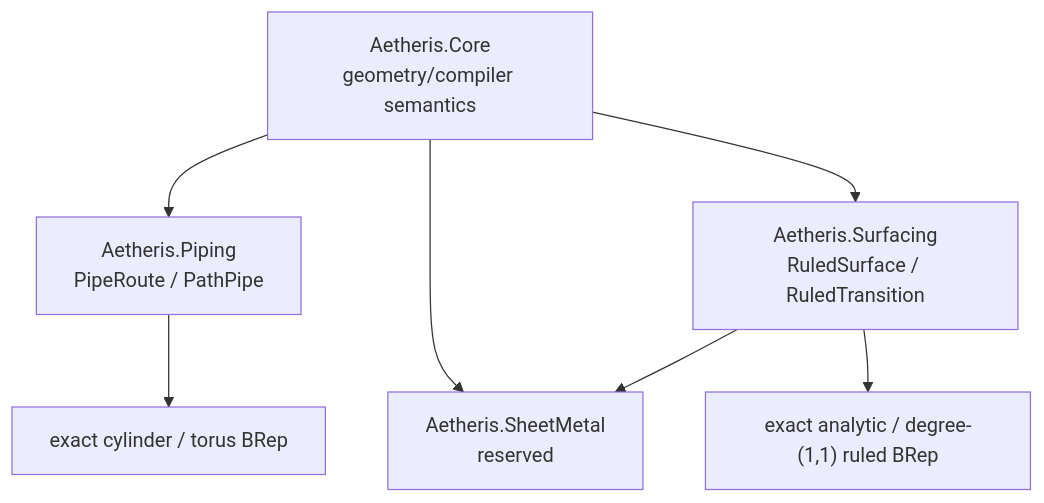
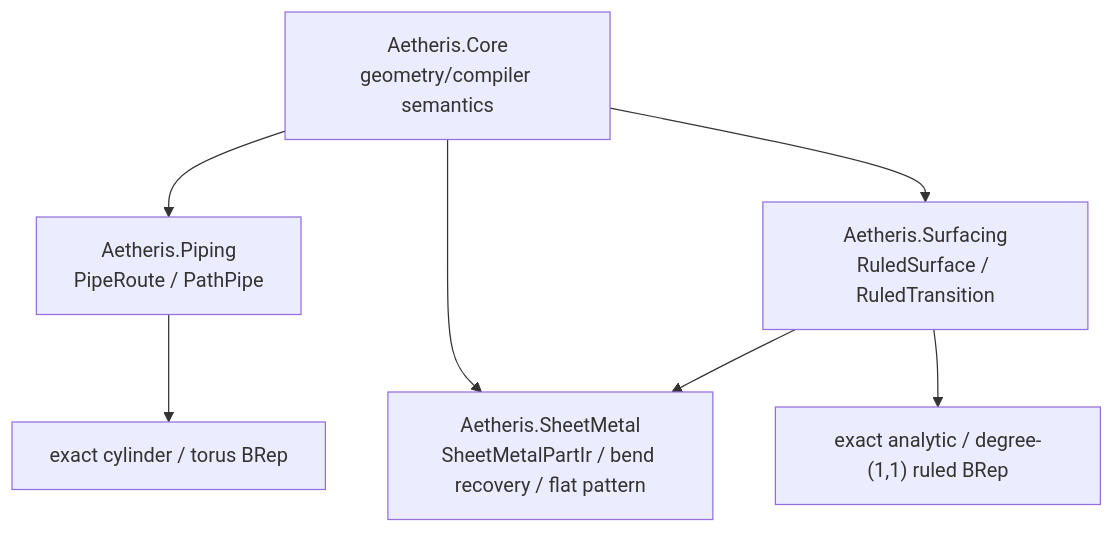
Before and after one commit to yuechen-li-dev/Aetheris: the diagram in docs/modules/architecture.md, drawn with Mermaid. The commit also changed other lines of this file and 32 other files, not shown here.

Commit message:
Integrate sheet-metal recognition and flattening workflows

````diff
--- a/docs/modules/architecture.md
+++ b/docs/modules/architecture.md
@@ -15,9 +15,9 @@
 ```mermaid
 flowchart TD
   Core["Aetheris.Core\ngeometry/compiler semantics"] --> Piping["Aetheris.Piping\nPipeRoute / PathPipe"]
   Core --> Surfacing["Aetheris.Surfacing\nRuledSurface / RuledTransition"]
-  Core --> Sheet["Aetheris.SheetMetal\nreserved"]
+  Core --> Sheet["Aetheris.SheetMetal\nSheetMetalPartIr / bend recovery / flat pattern"]
   Surfacing --> Sheet
   Piping --> BRep["exact cylinder / torus BRep"]
   Surfacing --> BRep2["exact analytic / degree-(1,1) ruled BRep"]
 ```
````
